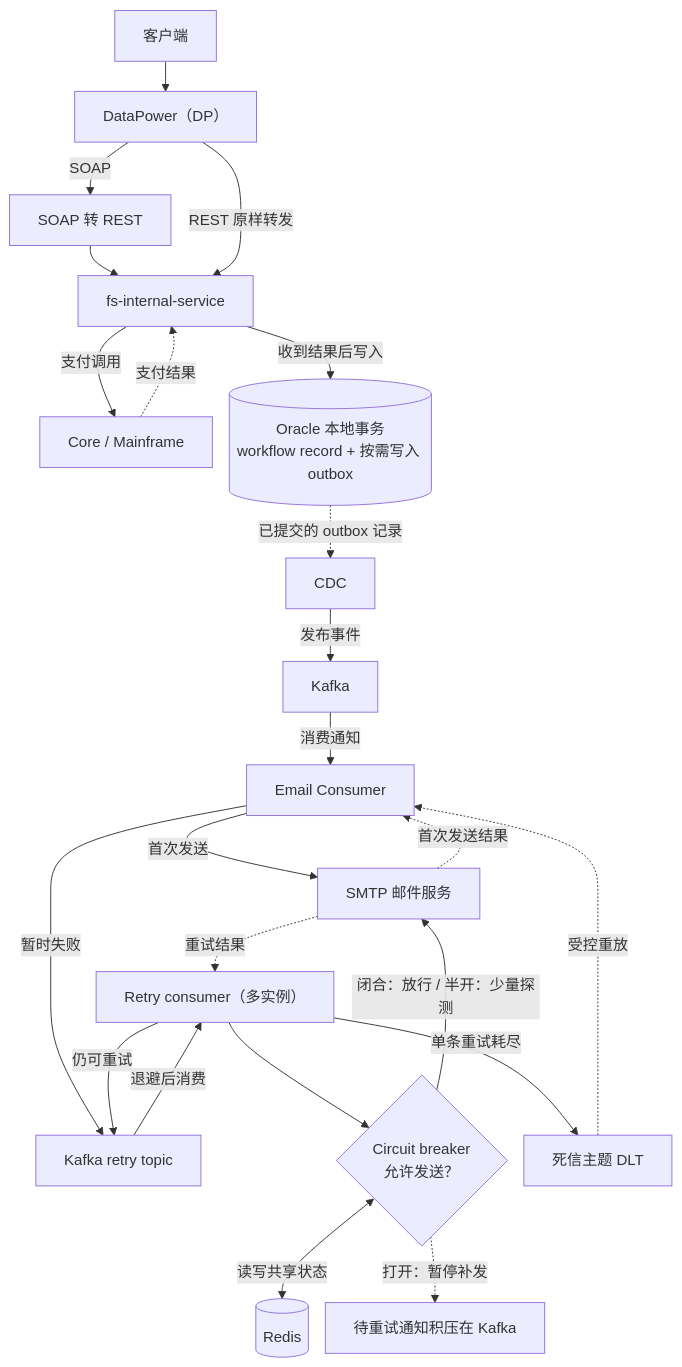
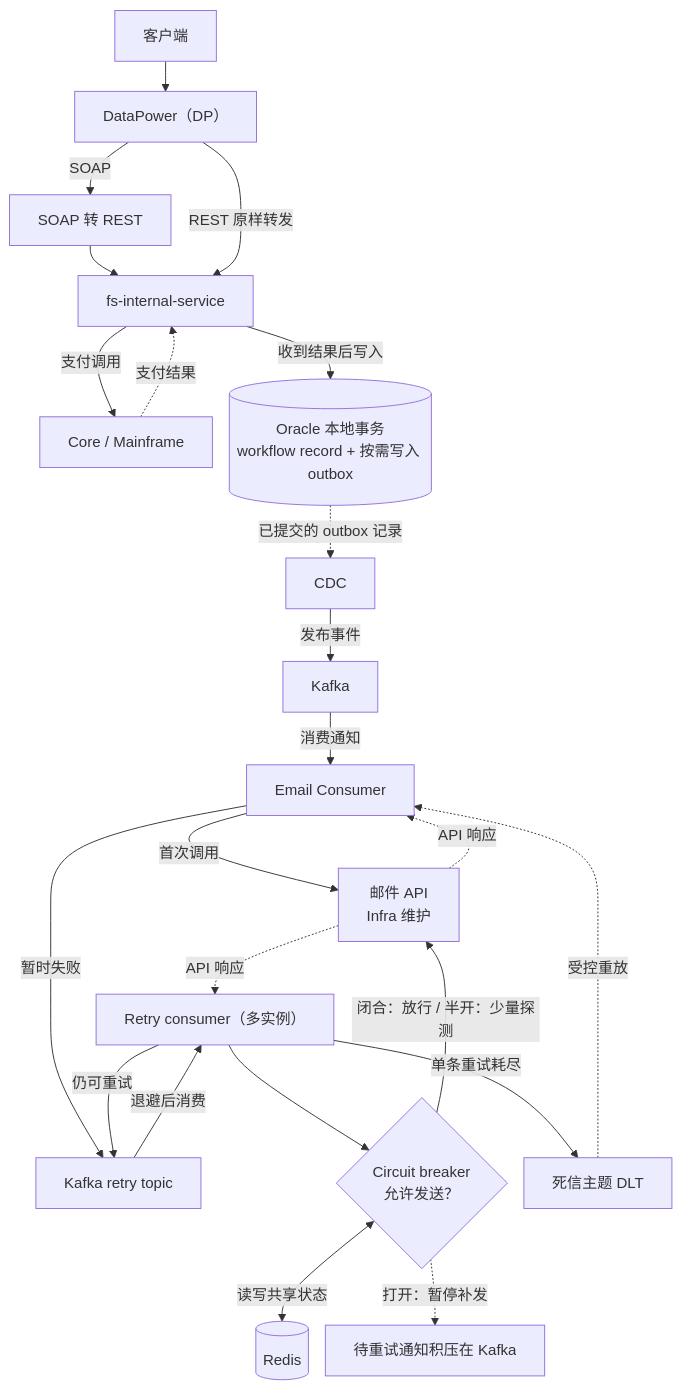
One commit to ChrisZZhong/zhichengzhong changed the second of 2 diagrams in _posts/Interviews/2026-11-17-MadisonDavisProjectInterview.md. Above: the diagram before and after it, drawn with Mermaid. The commit also changed other lines of this file, not shown here.

Commit message:
Clarify the infrastructure-owned email API boundary

````diff
--- a/_posts/Interviews/2026-11-17-MadisonDavisProjectInterview.md
+++ b/_posts/Interviews/2026-11-17-MadisonDavisProjectInterview.md
@@ -43,27 +43,27 @@
 ```mermaid
 %%{init: {"flowchart": {"nodeSpacing": 18, "rankSpacing": 32}} }%%
 flowchart TD
     client["客户端"] --> dp["DataPower（DP）"]
     dp -->|SOAP| translator["SOAP 转 REST"]
     translator --> service["fs-internal-service"]
     dp -->|REST 原样转发| service
     service -->|支付调用| core["Core / Mainframe"]
     core -.->|支付结果| service
     service -->|收到结果后写入| db[("Oracle 本地事务<br/>workflow record + 按需写入 outbox")]
 
     db -.->|已提交的 outbox 记录| cdc["CDC"]
     cdc -->|发布事件| kafka["Kafka"]
     kafka -->|消费通知| consumer["Email Consumer"]
-    consumer -->|首次发送| mail["SMTP 邮件服务"]
-    mail -.->|首次发送结果| consumer
+    consumer -->|首次调用| mail["邮件 API<br/>Infra 维护"]
+    mail -.->|API 响应| consumer
     consumer -->|暂时失败| retry["Kafka retry topic"]
     retry -->|退避后消费| rc["Retry consumer（多实例）"]
     rc --> cb{"Circuit breaker<br/>允许发送？"}
     cb <-->|读写共享状态| redis[("Redis")]
     cb -->|闭合：放行 / 半开：少量探测| mail
     cb -.->|打开：暂停补发| hold["待重试通知积压在 Kafka"]
-    mail -.->|重试结果| rc
+    mail -.->|API 响应| rc
     rc -->|仍可重试| retry
     rc -->|单条重试耗尽| dlt["死信主题 DLT"]
     dlt -.->|受控重放| consumer
 ```
````
